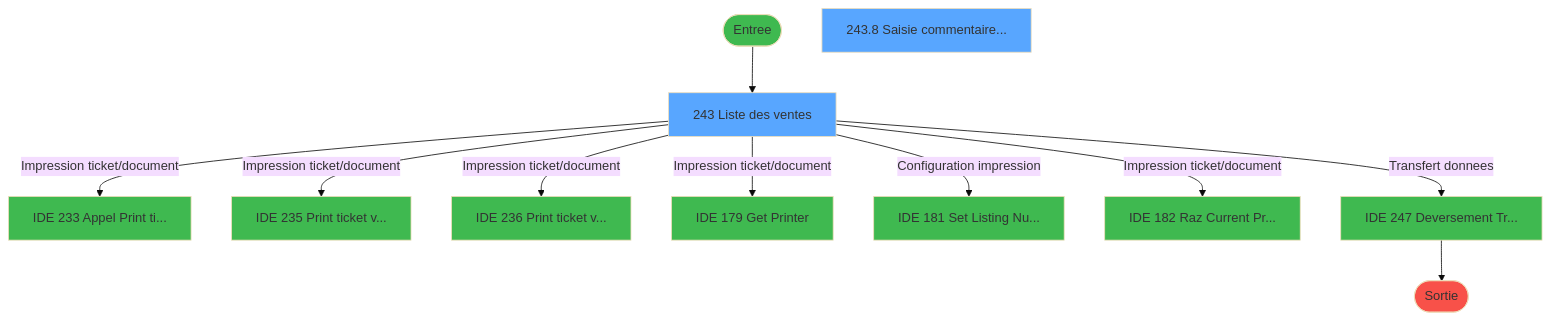
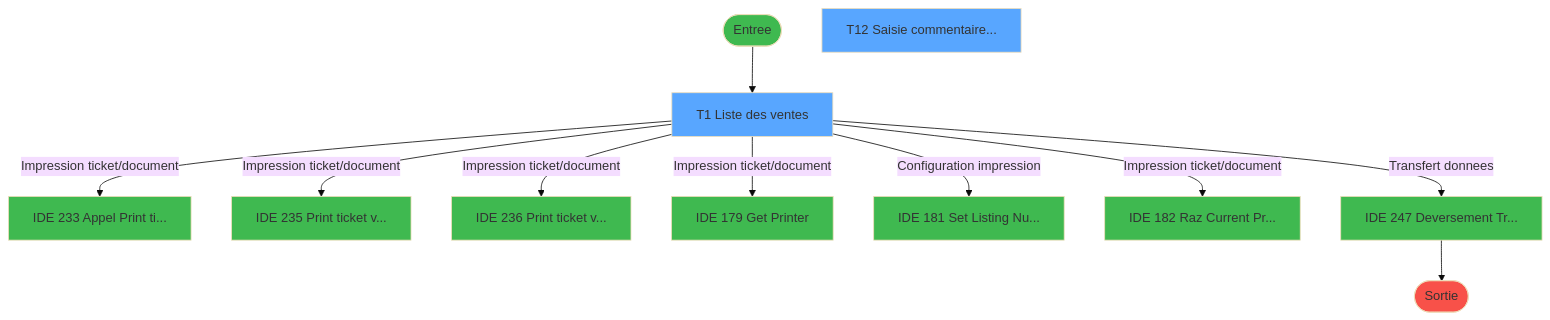
The first of 4 diagrams in .openspec/specs/ADH-IDE-243.md (thonyAGP/magic-migration), drawn with Mermaid (base theme) before and after one commit. The commit also changed other lines of this file and 493 other files, not shown here.

````diff
--- a/.openspec/specs/ADH-IDE-243.md
+++ b/.openspec/specs/ADH-IDE-243.md
@@ -1051,34 +979,34 @@
 ```mermaid
 flowchart TD
     START([Entree])
     style START fill:#3fb950
-    VF1[243 Liste des ventes]
+    VF1[T1 Liste des ventes]
     style VF1 fill:#58a6ff
-    VF12[243.8 Saisie commentaire...]
+    VF12[T12 Saisie commentaire...]
     style VF12 fill:#58a6ff
     EXT233[IDE 233 Appel Print ti...]
     style EXT233 fill:#3fb950
     EXT235[IDE 235 Print ticket v...]
     style EXT235 fill:#3fb950
     EXT236[IDE 236 Print ticket v...]
     style EXT236 fill:#3fb950
     EXT179[IDE 179 Get Printer]
     style EXT179 fill:#3fb950
     EXT181[IDE 181 Set Listing Nu...]
     style EXT181 fill:#3fb950
     EXT182[IDE 182 Raz Current Pr...]
     style EXT182 fill:#3fb950
     EXT247[IDE 247 Deversement Tr...]
     style EXT247 fill:#3fb950
     FIN([Sortie])
     style FIN fill:#f85149
     START --> VF1
     VF1 -->|Impression ticket/document| EXT233
     VF1 -->|Impression ticket/document| EXT235
     VF1 -->|Impression ticket/document| EXT236
     VF1 -->|Impression ticket/document| EXT179
     VF1 -->|Configuration impression| EXT181
     VF1 -->|Impression ticket/document| EXT182
     VF1 -->|Transfert donnees| EXT247
     EXT247 --> FIN
 ```
````
